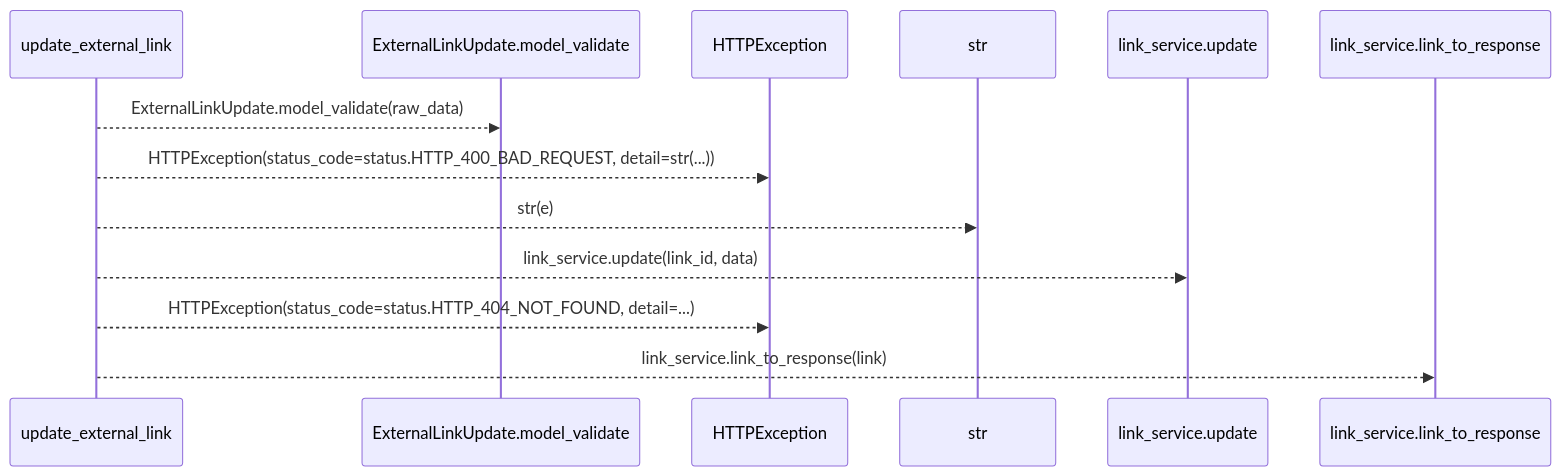
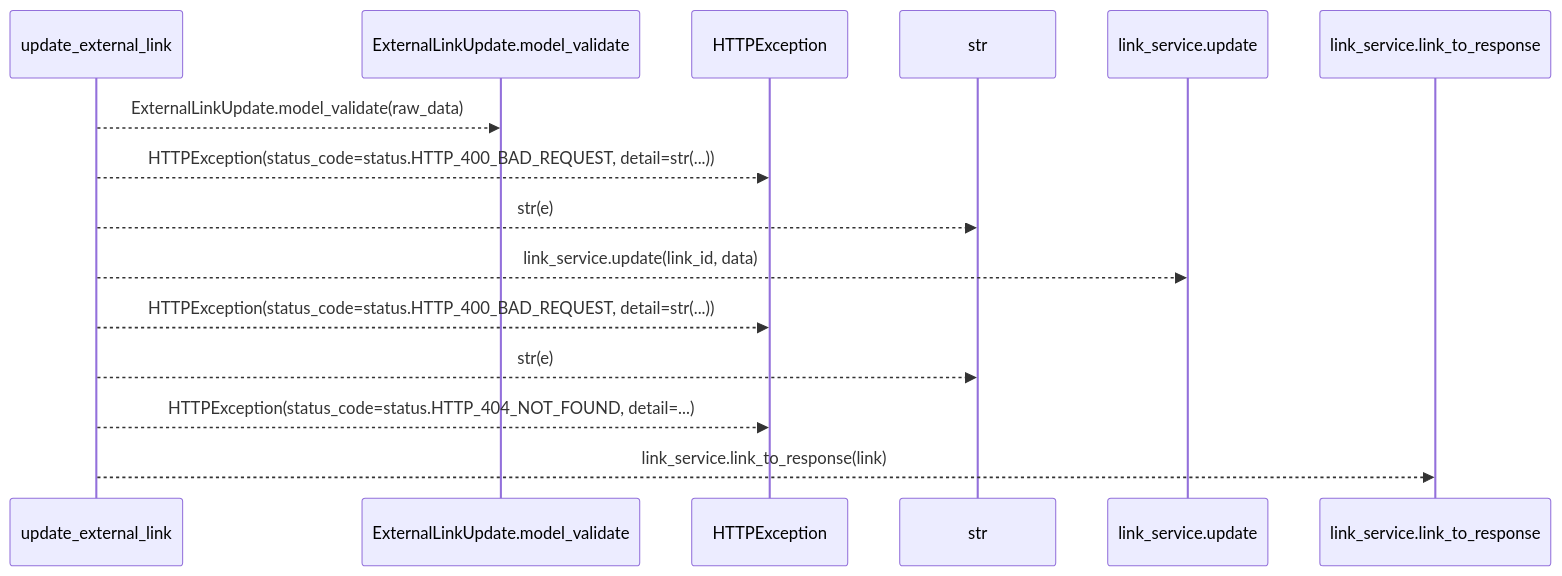
Before and after one commit to Denissvgn/WorkChord: the first of 2 diagrams in docs/llm_wiki/flows/http-update_external_link.md, drawn with Mermaid. The commit also changed other lines of this file and 754 other files, not shown here.

````diff
--- a/docs/llm_wiki/flows/http-update_external_link.md
+++ b/docs/llm_wiki/flows/http-update_external_link.md
@@ -12,15 +12,17 @@
 ```mermaid
 sequenceDiagram
     participant p0 as update_external_link
     participant p1 as ExternalLinkUpdate.model_validate
     participant p2 as HTTPException
     participant p3 as str
     participant p4 as link_service.update
     participant p5 as link_service.link_to_response
     p0-->>p1: ExternalLinkUpdate.model_validate(raw_data)
     p0-->>p2: HTTPException(status_code=status.HTTP_400_BAD_REQUEST, detail=str(...))
     p0-->>p3: str(e)
     p0-->>p4: link_service.update(link_id, data)
+    p0-->>p2: HTTPException(status_code=status.HTTP_400_BAD_REQUEST, detail=str(...))
+    p0-->>p3: str(e)
     p0-->>p2: HTTPException(status_code=status.HTTP_404_NOT_FOUND, detail=...)
     p0-->>p5: link_service.link_to_response(link)
 ```
````
